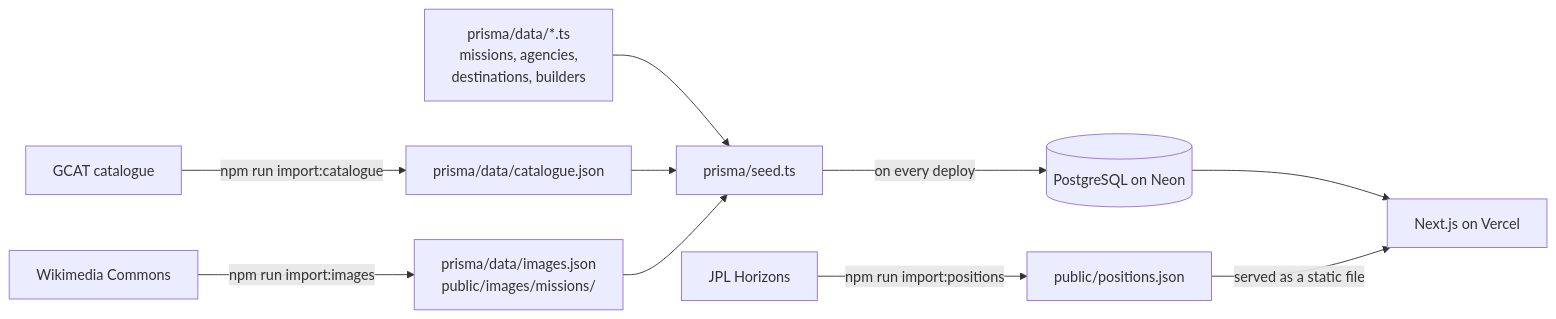
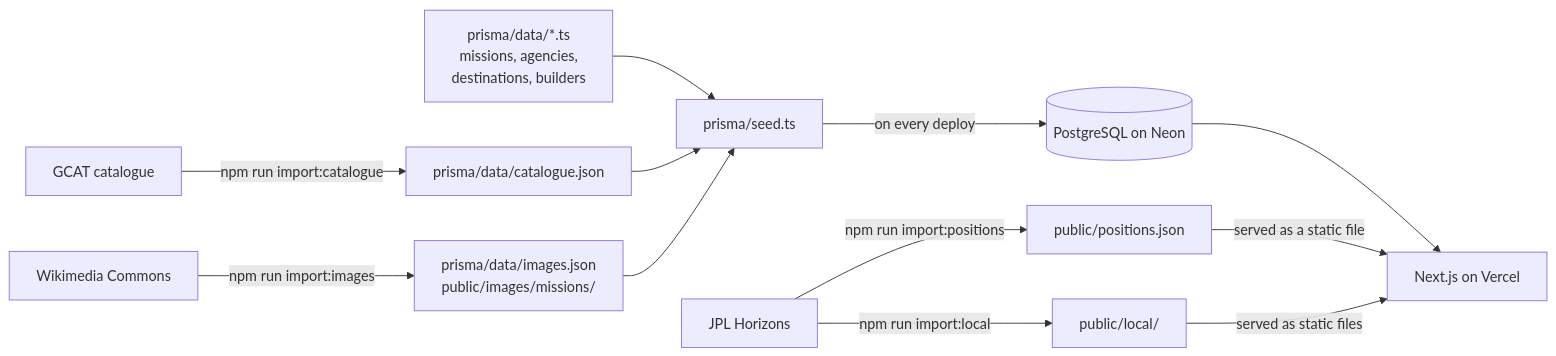
The diagram in README.md (haygenwarren/mission-atlas), drawn with Mermaid before and after one commit. The commit also changed other lines of this file and 58 other files, not shown here.

````diff
--- a/README.md
+++ b/README.md
@@ -34,12 +35,14 @@
 ```mermaid
 flowchart LR
   F["prisma/data/*.ts<br/>missions, agencies,<br/>destinations, builders"] --> S["prisma/seed.ts"]
   G["GCAT catalogue"] -- "npm run import:catalogue" --> C["prisma/data/catalogue.json"]
   C --> S
   M["Wikimedia Commons"] -- "npm run import:images" --> I["prisma/data/images.json<br/>public/images/missions/"]
   I --> S
   S -- "on every deploy" --> D[("PostgreSQL on Neon")]
   D --> W["Next.js on Vercel"]
   H["JPL Horizons"] -- "npm run import:positions" --> P["public/positions.json"]
+  H -- "npm run import:local" --> L["public/local/"]
   P -- "served as a static file" --> W
+  L -- "served as static files" --> W
 ```
````
